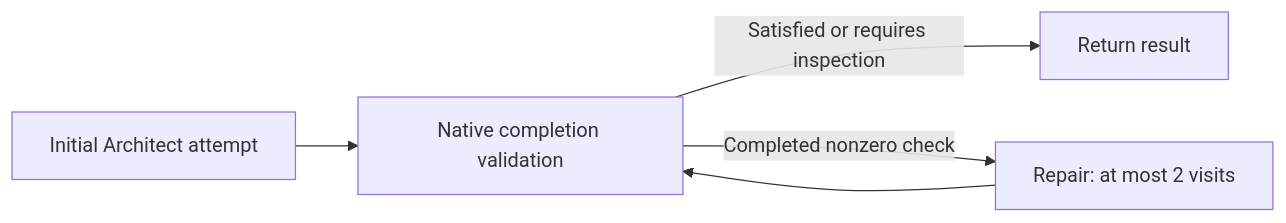
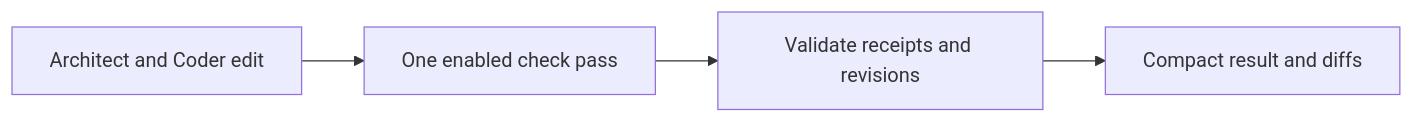
One commit to nMaroulis/protoagent changed the diagram in docs/content/core/runtime.md. Above: the diagram before and after it, drawn with Mermaid. The commit also changed other lines of this file and 82 other files, not shown here.

````diff
--- a/docs/content/core/runtime.md
+++ b/docs/content/core/runtime.md
@@ -49,7 +49,6 @@
 ```mermaid
 flowchart LR
-  I[Initial Architect attempt] --> A[Native completion validation]
-  A -->|Satisfied or requires inspection| D[Return result]
-  A -->|Completed nonzero check| R[Repair: at most 2 visits]
-  R --> A
+  I[Architect and Coder edit] --> C[One enabled check pass]
+  C --> A[Validate receipts and revisions]
+  A --> D[Compact result and diffs]
 ```
````
